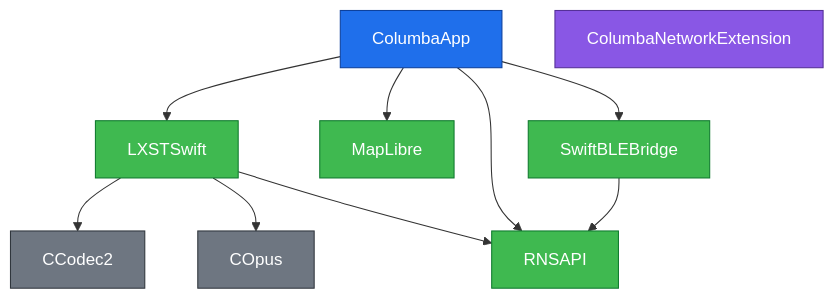
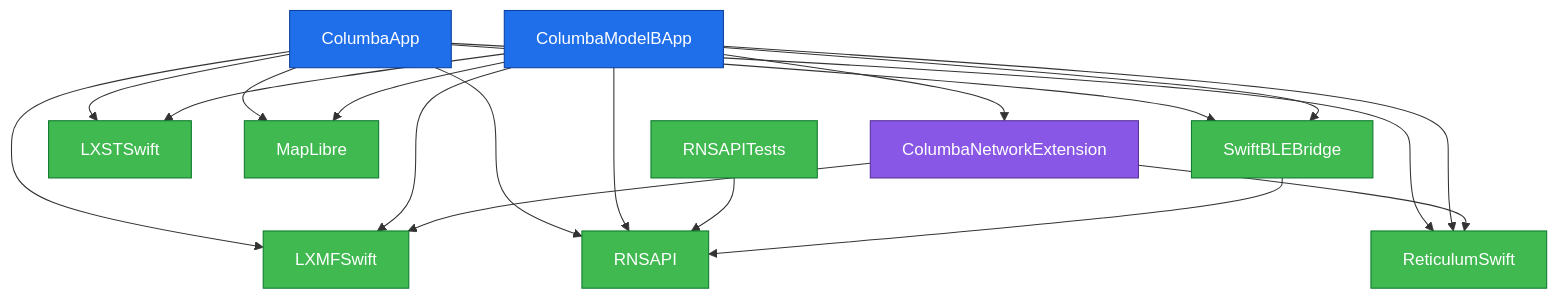
One commit to torlando-tech/Columba-iOS changed the diagram in ARCHITECTURE.md. Above: the diagram before and after it, drawn with Mermaid. The commit also changed other lines of this file, not shown here.

Commit message:
docs: regenerate isolated target graph

````diff
--- a/ARCHITECTURE.md
+++ b/ARCHITECTURE.md
@@ -54,28 +54,38 @@
 ```mermaid
 flowchart TD
-    CCodec2["CCodec2"]
-    COpus["COpus"]
     ColumbaApp["ColumbaApp"]
+    ColumbaModelBApp["ColumbaModelBApp"]
     ColumbaNetworkExtension["ColumbaNetworkExtension"]
+    LXMFSwift["LXMFSwift"]
     LXSTSwift["LXSTSwift"]
     MapLibre["MapLibre"]
     RNSAPI["RNSAPI"]
+    RNSAPITests["RNSAPITests"]
+    ReticulumSwift["ReticulumSwift"]
     SwiftBLEBridge["SwiftBLEBridge"]
+    ColumbaApp --> LXMFSwift
     ColumbaApp --> LXSTSwift
     ColumbaApp --> MapLibre
     ColumbaApp --> RNSAPI
+    ColumbaApp --> ReticulumSwift
     ColumbaApp --> SwiftBLEBridge
-    LXSTSwift --> CCodec2
-    LXSTSwift --> COpus
-    LXSTSwift --> RNSAPI
+    ColumbaModelBApp --> ColumbaNetworkExtension
+    ColumbaModelBApp --> LXMFSwift
+    ColumbaModelBApp --> LXSTSwift
+    ColumbaModelBApp --> MapLibre
+    ColumbaModelBApp --> RNSAPI
+    ColumbaModelBApp --> ReticulumSwift
+    ColumbaModelBApp --> SwiftBLEBridge
+    ColumbaNetworkExtension --> LXMFSwift
+    ColumbaNetworkExtension --> ReticulumSwift
+    RNSAPITests --> RNSAPI
     SwiftBLEBridge --> RNSAPI
     classDef app       fill:#1f6feb,stroke:#0d419d,color:#fff
     classDef extension fill:#8957e5,stroke:#553098,color:#fff
     classDef bridge    fill:#f0883e,stroke:#9e4c0f,color:#fff
     classDef spm_lib   fill:#3fb950,stroke:#0f7a2e,color:#fff
     classDef c_lib     fill:#6e7681,stroke:#30363d,color:#fff
-    class ColumbaApp app
-    class LXSTSwift,MapLibre,RNSAPI,SwiftBLEBridge spm_lib
+    class ColumbaApp,ColumbaModelBApp app
+    class LXMFSwift,LXSTSwift,MapLibre,RNSAPI,RNSAPITests,ReticulumSwift,SwiftBLEBridge spm_lib
     class ColumbaNetworkExtension extension
-    class CCodec2,COpus c_lib
 ```
````
